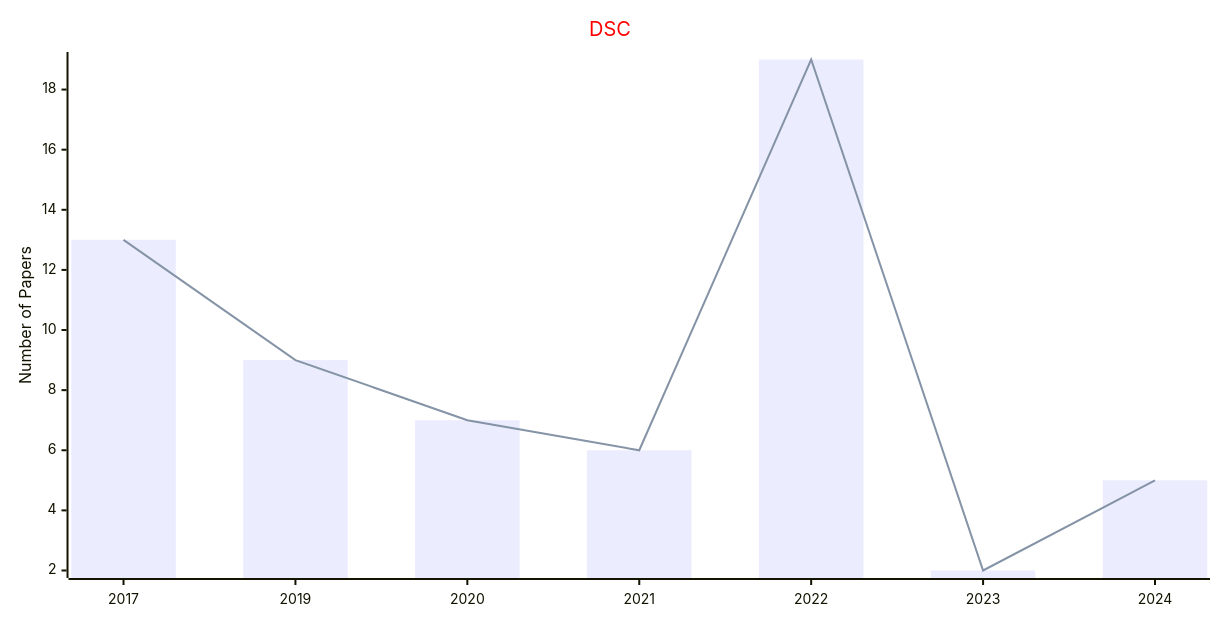
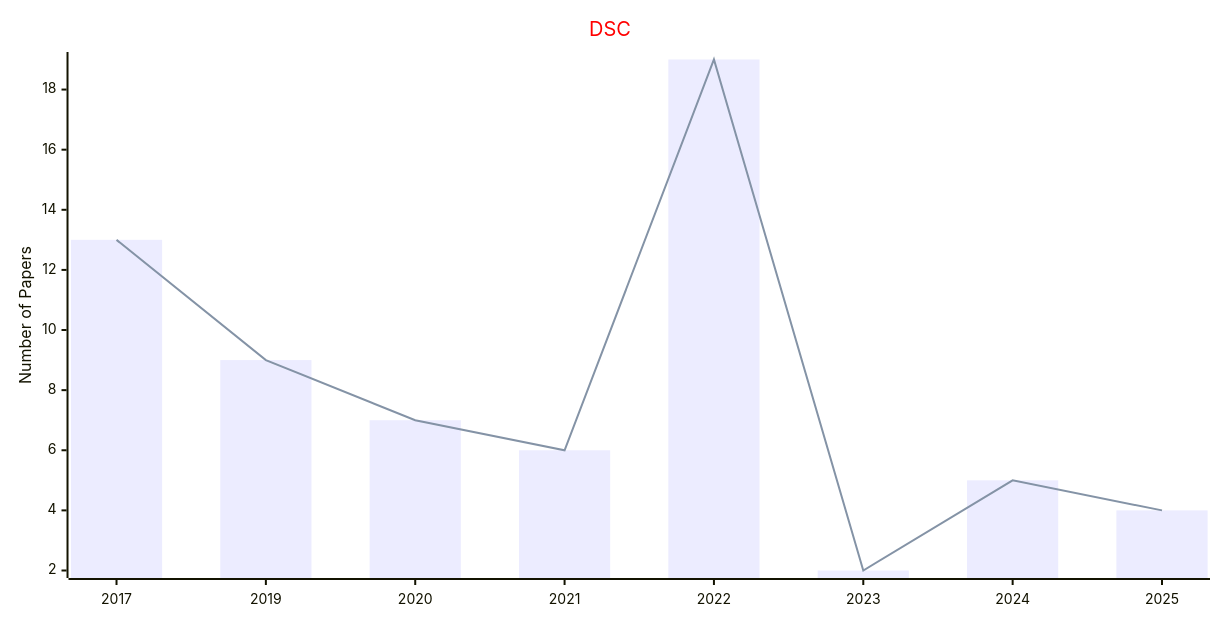
Before and after one commit to Easy-PhD/AILinks: the fifth of 8 diagrams in docs/data/Journals/Statistics_Journals/Data_Mining.md, drawn with Mermaid. The commit also changed other lines of this file and 93 other files, not shown here.

````diff
--- a/docs/data/Journals/Statistics_Journals/Data_Mining.md
+++ b/docs/data/Journals/Statistics_Journals/Data_Mining.md
@@ -105,17 +105,17 @@
 ```mermaid
 ---
 config:
     xyChart:
         width: 1200
         height: 600
     themeVariables:
         xyChart:
             titleColor: "#ff0000"
 ---
 xychart-beta
     title "DSC"
-    x-axis [2017, 2019, 2020, 2021, 2022, 2023, 2024]
+    x-axis [2017, 2019, 2020, 2021, 2022, 2023, 2024, 2025]
     y-axis "Number of Papers"
-    bar [13, 9, 7, 6, 19, 2, 5]
-    line [13, 9, 7, 6, 19, 2, 5]
+    bar [13, 9, 7, 6, 19, 2, 5, 4]
+    line [13, 9, 7, 6, 19, 2, 5, 4]
 ```
````
